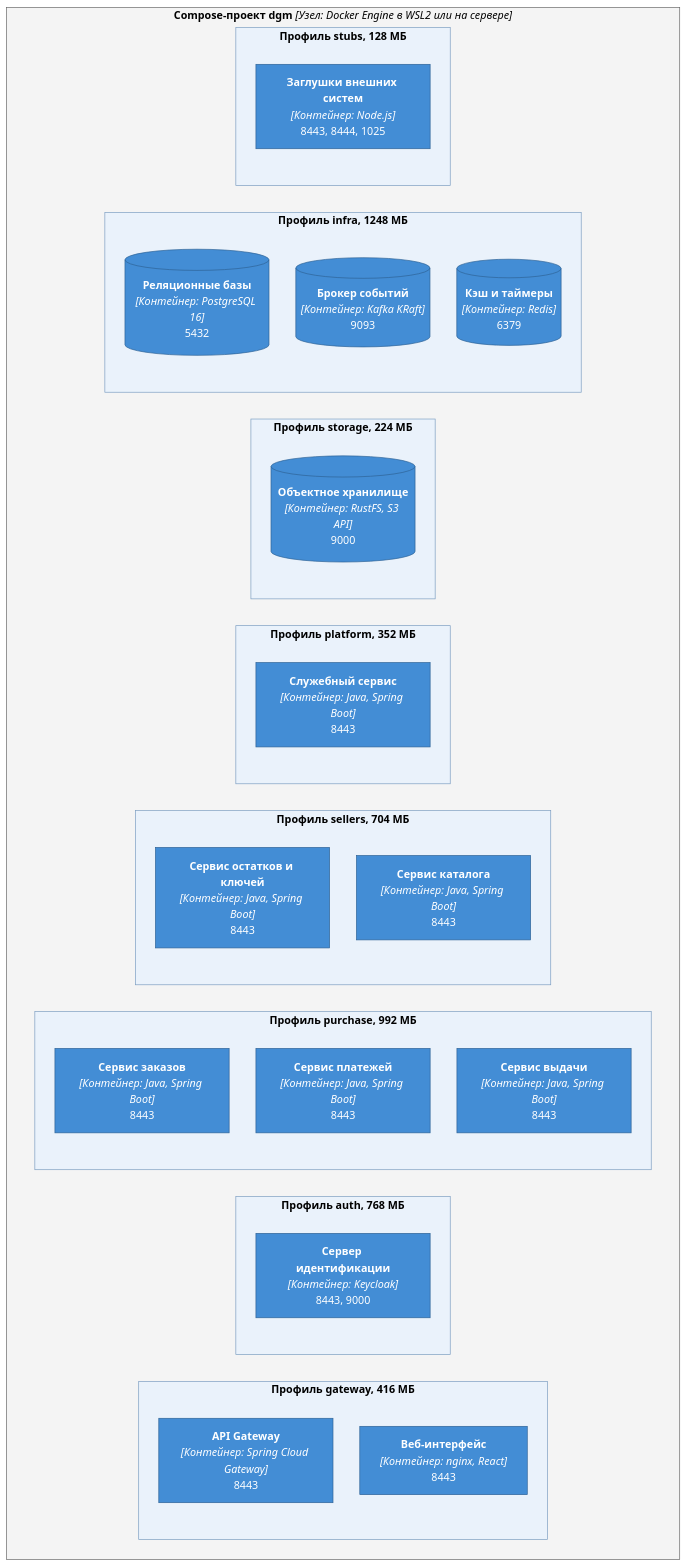
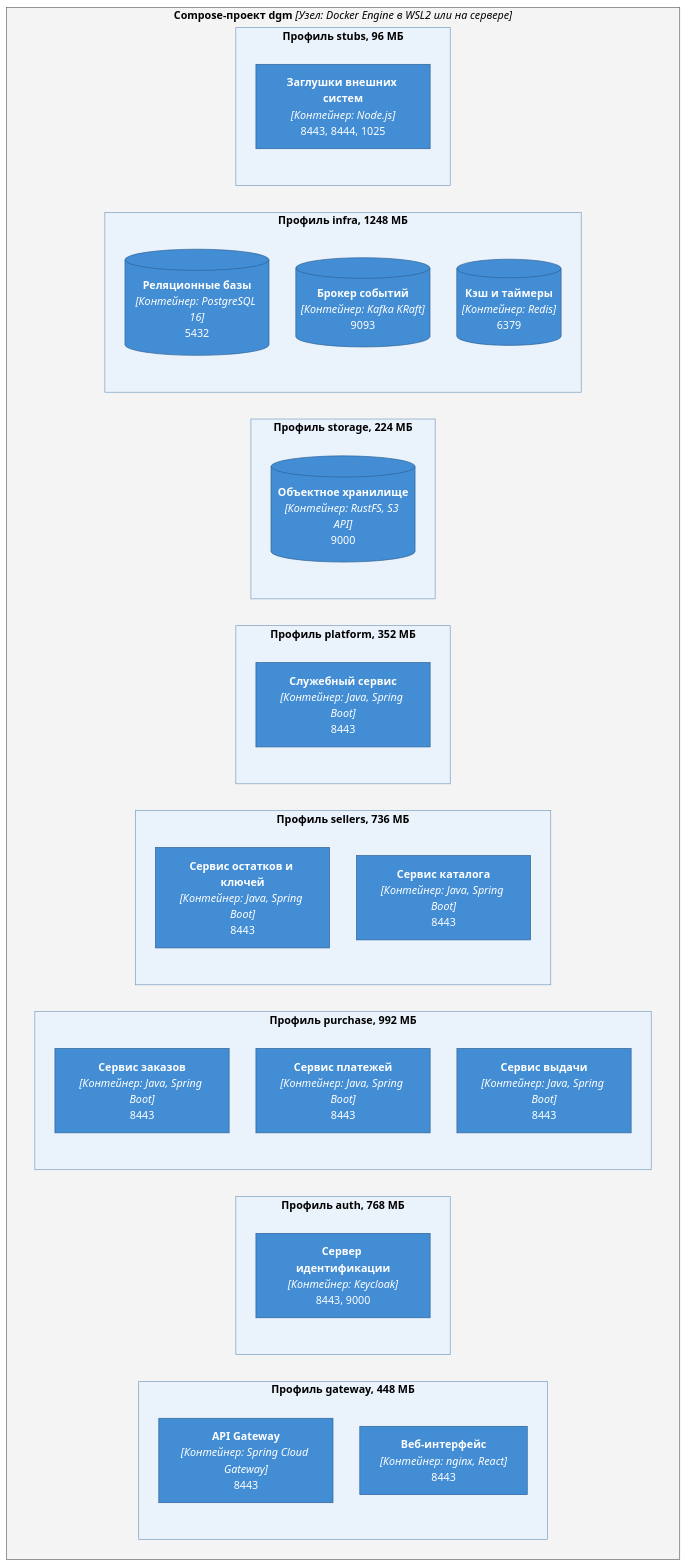
One commit to Lapin143/digital-goods-marketplace changed the second of 5 diagrams in docs/05-architecture/c4-deployment.md. Above: the diagram before and after it, drawn with Mermaid. The commit also changed 8 other files, not shown here.

````diff
--- a/docs/05-architecture/c4-deployment.md
+++ b/docs/05-architecture/c4-deployment.md
@@ -78,48 +78,48 @@
 ```mermaid
 %%{init: {"theme":"base","themeVariables":{"edgeLabelBackground":"#ffffff","lineColor":"#444444"},"flowchart": {"nodeSpacing": 40, "rankSpacing": 60, "curve": "basis"}}}%%
 flowchart TB
     subgraph laptop["<b>Compose-проект dgm</b> <i>[Узел: Docker Engine в WSL2 или на сервере]</i>"]
-        subgraph p-gateway["<b>Профиль gateway, 416 МБ</b>"]
+        subgraph p-gateway["<b>Профиль gateway, 448 МБ</b>"]
             api-gateway["<b>API Gateway</b><br/><i>[Контейнер: Spring Cloud Gateway]</i><br/>8443"]
             web-app["<b>Веб-интерфейс</b><br/><i>[Контейнер: nginx, React]</i><br/>8443"]
         end
         subgraph p-auth["<b>Профиль auth, 768 МБ</b>"]
             keycloak["<b>Сервер идентификации</b><br/><i>[Контейнер: Keycloak]</i><br/>8443, 9000"]
         end
         subgraph p-purchase["<b>Профиль purchase, 992 МБ</b>"]
             order-service["<b>Сервис заказов</b><br/><i>[Контейнер: Java, Spring Boot]</i><br/>8443"]
             payment-service["<b>Сервис платежей</b><br/><i>[Контейнер: Java, Spring Boot]</i><br/>8443"]
             delivery-service["<b>Сервис выдачи</b><br/><i>[Контейнер: Java, Spring Boot]</i><br/>8443"]
         end
-        subgraph p-sellers["<b>Профиль sellers, 704 МБ</b>"]
+        subgraph p-sellers["<b>Профиль sellers, 736 МБ</b>"]
             inventory-service["<b>Сервис остатков и ключей</b><br/><i>[Контейнер: Java, Spring Boot]</i><br/>8443"]
             catalog-service["<b>Сервис каталога</b><br/><i>[Контейнер: Java, Spring Boot]</i><br/>8443"]
         end
         subgraph p-platform["<b>Профиль platform, 352 МБ</b>"]
             platform-service["<b>Служебный сервис</b><br/><i>[Контейнер: Java, Spring Boot]</i><br/>8443"]
         end
         subgraph p-storage["<b>Профиль storage, 224 МБ</b>"]
             object-storage[("<b>Объектное хранилище</b><br/><i>[Контейнер: RustFS, S3 API]</i><br/>9000")]
         end
         subgraph p-infra["<b>Профиль infra, 1248 МБ</b>"]
             postgres[("<b>Реляционные базы</b><br/><i>[Контейнер: PostgreSQL 16]</i><br/>5432")]
             kafka[("<b>Брокер событий</b><br/><i>[Контейнер: Kafka KRaft]</i><br/>9093")]
             redis[("<b>Кэш и таймеры</b><br/><i>[Контейнер: Redis]</i><br/>6379")]
         end
-        subgraph p-stubs["<b>Профиль stubs, 128 МБ</b>"]
+        subgraph p-stubs["<b>Профиль stubs, 96 МБ</b>"]
             external-stubs["<b>Заглушки внешних систем</b><br/><i>[Контейнер: Node.js]</i><br/>8443, 8444, 1025"]
         end
     end
 
     classDef container fill:#438dd5,stroke:#2e6295,color:#ffffff
     class api-gateway,web-app,keycloak,order-service,inventory-service,payment-service,delivery-service,catalog-service,platform-service,object-storage,postgres,kafka,redis,external-stubs container
     style laptop fill:#f4f4f4,stroke:#666666,color:#000000
     style p-gateway fill:#eaf2fb,stroke:#7a9cc0,color:#000000
     style p-auth fill:#eaf2fb,stroke:#7a9cc0,color:#000000
     style p-purchase fill:#eaf2fb,stroke:#7a9cc0,color:#000000
     style p-sellers fill:#eaf2fb,stroke:#7a9cc0,color:#000000
     style p-platform fill:#eaf2fb,stroke:#7a9cc0,color:#000000
     style p-storage fill:#eaf2fb,stroke:#7a9cc0,color:#000000
     style p-infra fill:#eaf2fb,stroke:#7a9cc0,color:#000000
     style p-stubs fill:#eaf2fb,stroke:#7a9cc0,color:#000000
 ```
````
